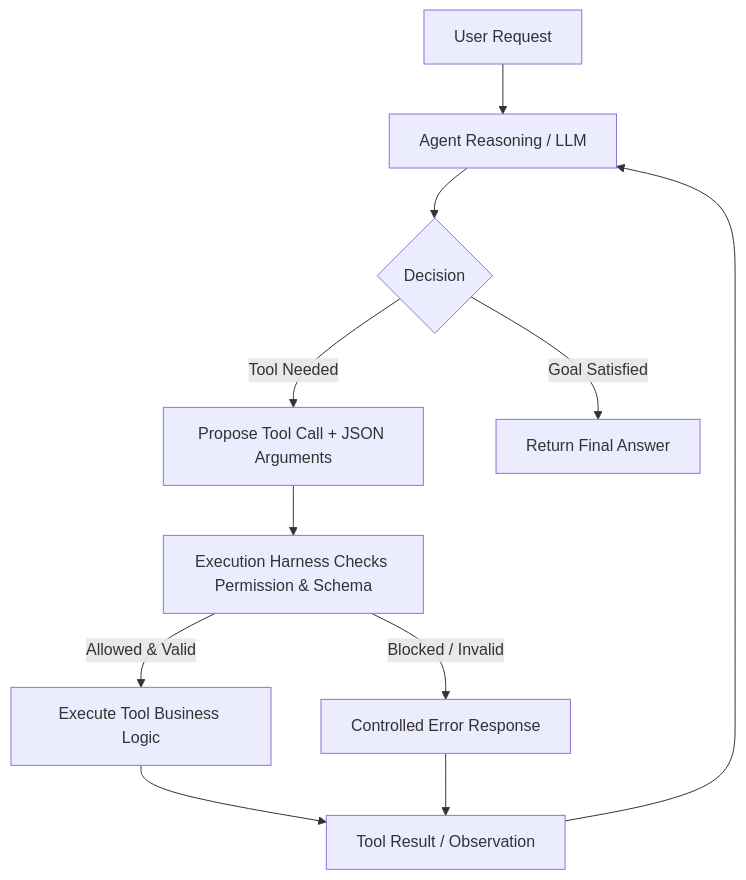
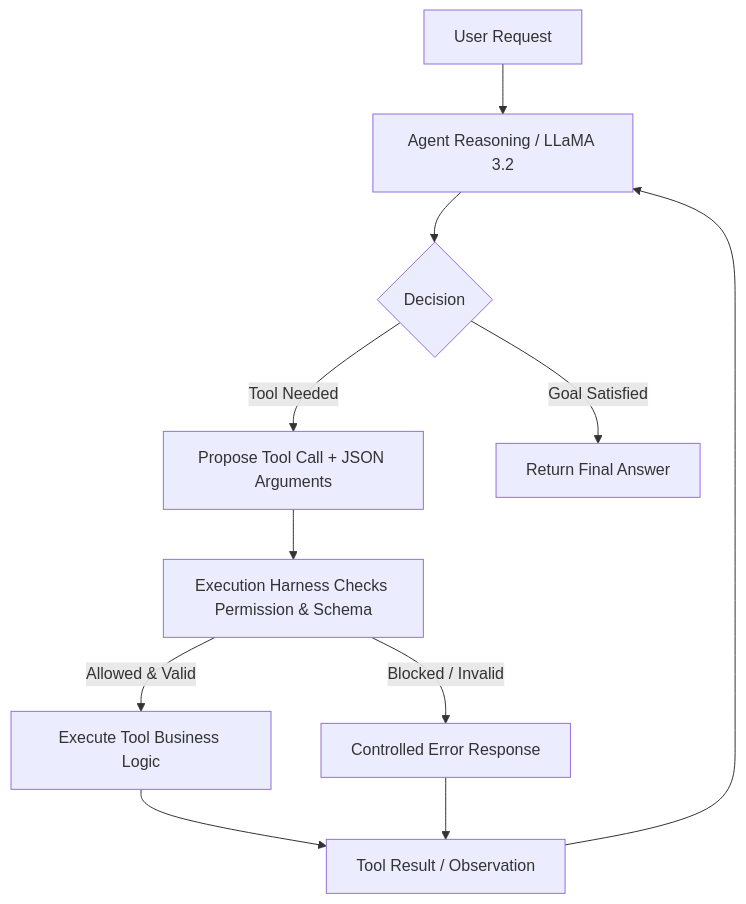
Before and after one commit to chhorn-vechey/04_PP_CHHORN_VECHEY_TOPIC_7_HOMEWORK: the diagram in README.md, drawn with Mermaid. The commit also changed other lines of this file, not shown here.

````diff
--- a/README.md
+++ b/README.md
@@ -48,13 +49,13 @@
 ```mermaid
 graph TD
-    A[User Request] --> B[Agent Reasoning / LLM]
+    A[User Request] --> B[Agent Reasoning / LLaMA 3.2]
     B --> C{Decision}
     C -->|Tool Needed| D[Propose Tool Call + JSON Arguments]
     D --> E[Execution Harness Checks Permission & Schema]
     E -->|Allowed & Valid| F[Execute Tool Business Logic]
     E -->|Blocked / Invalid| G[Controlled Error Response]
     F --> H[Tool Result / Observation]
     G --> H
     H --> B
     C -->|Goal Satisfied| I[Return Final Answer]
 ```
````
